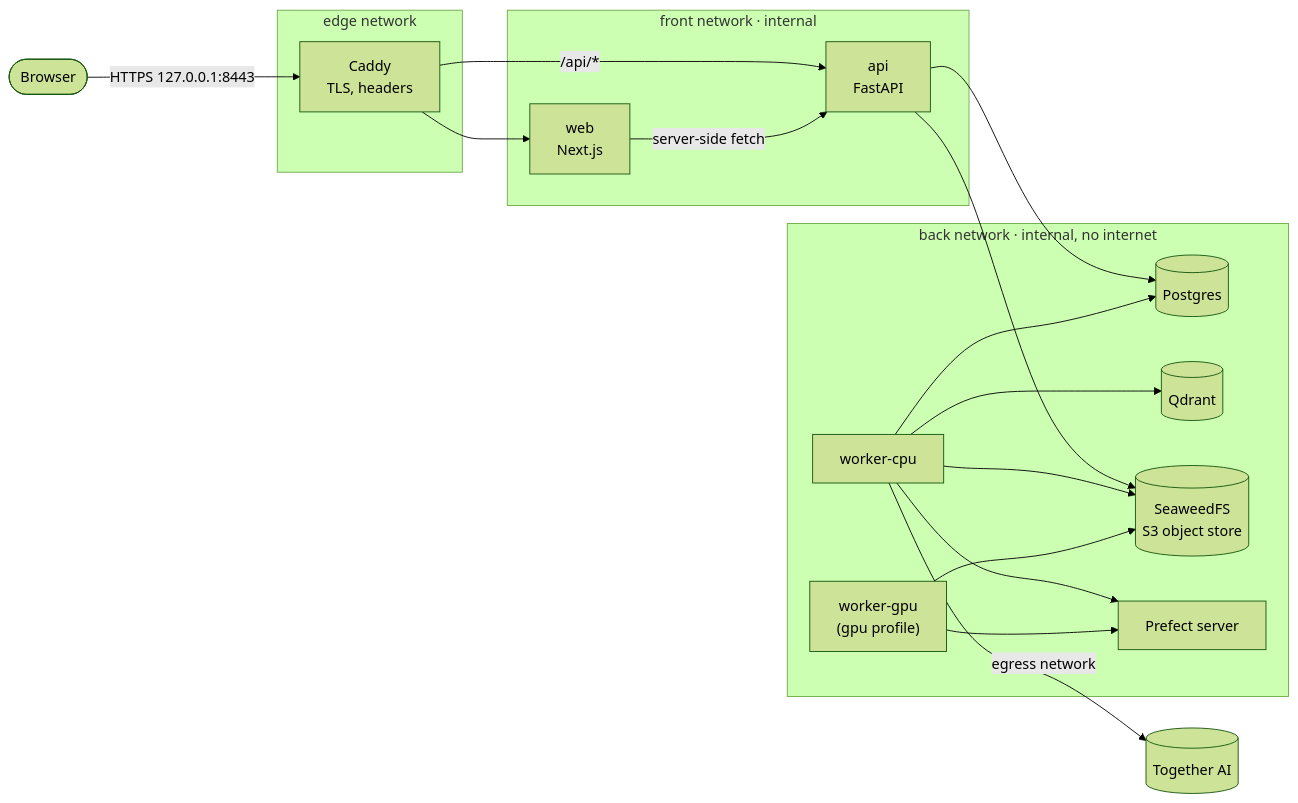
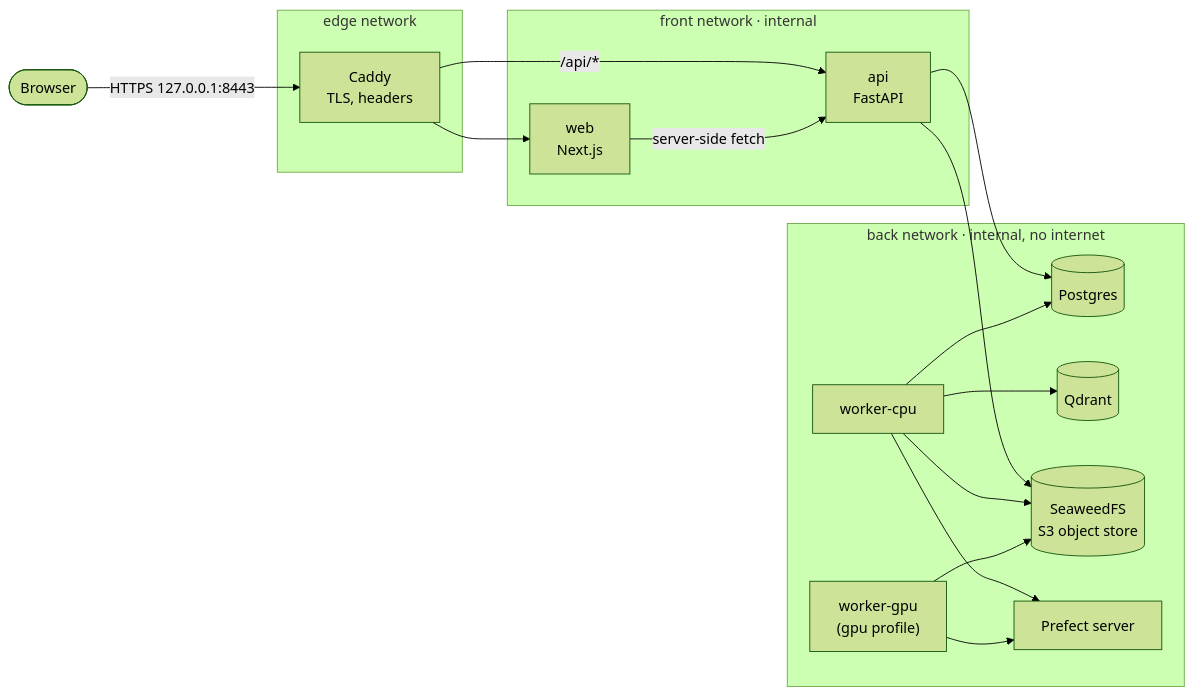
Before and after one commit to MichelAbdelmalek/kagebox: the diagram in README.md, drawn with Mermaid (forest theme). The commit also changed other lines of this file and 2 other files, not shown here.

First line of the commit message:
chore(deploy): worker-cpu drops the egress network

````diff
--- a/README.md
+++ b/README.md
@@ -15,26 +15,25 @@
 ```mermaid
 flowchart LR
   user([Browser]) -- "HTTPS 127.0.0.1:8443" --> caddy
   subgraph edge [edge network]
     caddy[Caddy<br/>TLS, headers]
   end
   subgraph front [front network · internal]
     web[web<br/>Next.js]
     api[api<br/>FastAPI]
   end
   subgraph back [back network · internal, no internet]
     pg[(Postgres)]
     qd[(Qdrant)]
     obj[(SeaweedFS<br/>S3 object store)]
     pf[Prefect server]
     wc[worker-cpu]
     wg["worker-gpu<br/>(gpu profile)"]
   end
   caddy --> web
   caddy -- "/api/*" --> api
   web -- server-side fetch --> api
   api --> pg & obj
   wc --> pf & pg & obj & qd
   wg --> pf & obj
-  wc -- "egress network" --> together[(Together AI)]
 ```
````
